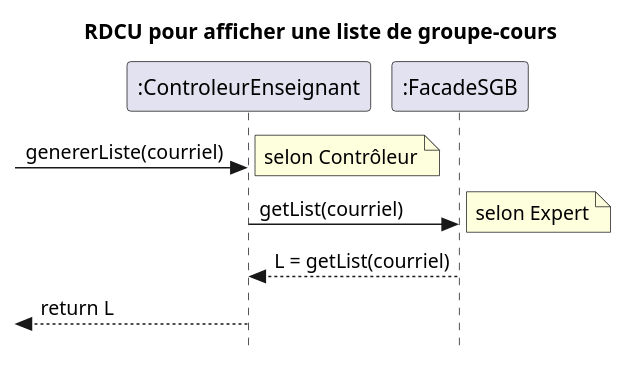
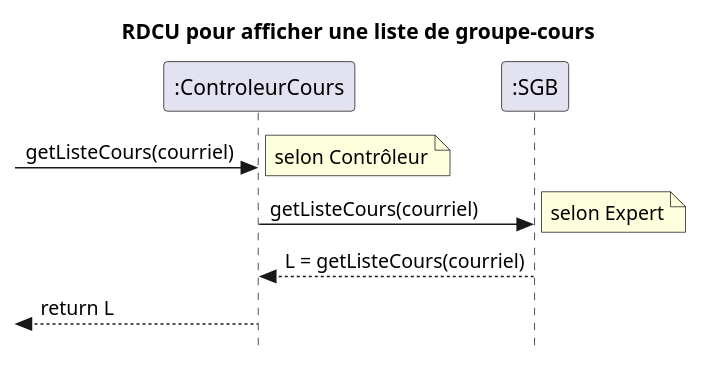
One commit to IshakMegatli1/MoodleCopy changed the diagram in docs/modeles/RDCU-CU01a1.puml. Above: the diagram before and after it, drawn with PlantUML. The commit also changed 17 other files, not shown here.

```diff
--- a/docs/modeles/RDCU-CU01a1.puml
+++ b/docs/modeles/RDCU-CU01a1.puml
@@ -1,14 +1,14 @@
 @startuml
 skinparam style strictuml
 skinparam defaultfontname Verdana
 title RDCU pour afficher une liste de groupe-cours
-participant ":ControleurEnseignant" as c
-->c : genererListe(courriel)
+participant ":ControleurCours" as c
+->c : getListeCours(courriel)
 note right : selon Contrôleur
-participant ":FacadeSGB" as j
-c->j : getList(courriel)
+participant ":SGB" as j
+c->j : getListeCours(courriel)
 note right : selon Expert
-c<--j : L = getList(courriel)
+c<--j : L = getListeCours(courriel)
 <--c : return L
 
 @enduml
```
